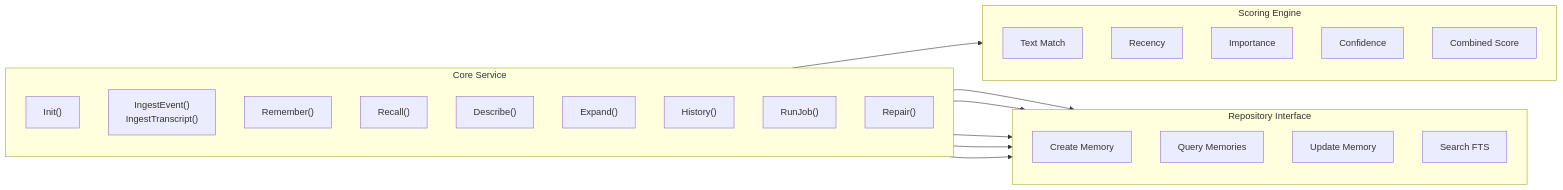
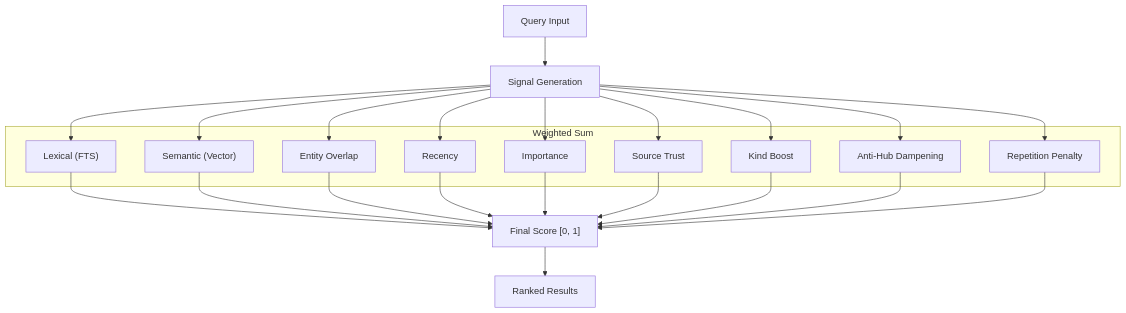
One commit to BonzTM/agent-memory-manager changed the fourth of 5 diagrams in docs/architecture-diagrams.md. Above: the diagram before and after it, drawn with Mermaid. The commit also changed other lines of this file and 3 other files, not shown here.

First line of the commit message:
Document the new adapter and backend architecture

````diff
--- a/docs/architecture-diagrams.md
+++ b/docs/architecture-diagrams.md
@@ -123,38 +112,29 @@
 ```mermaid
-flowchart LR
-    subgraph Service["Core Service"]
-        direction TB
-        Init["Init()"]
-        Ingest["IngestEvent()
-IngestTranscript()"]
-        Remember["Remember()"]
-        Recall["Recall()"]
-        Describe["Describe()"]
-        Expand["Expand()"]
-        History["History()"]
-        Jobs["RunJob()"]
-        Repair["Repair()"]
+flowchart TD
+    Q["Query Input"] --> Signals["Signal Generation"]
+    
+    subgraph Scoring["Weighted Sum"]
+        Lex["Lexical (FTS)"]
+        Sem["Semantic (Vector)"]
+        Ent["Entity Overlap"]
+        Rec["Recency"]
+        Imp["Importance"]
+        Trust["Source Trust"]
+        Boost["Kind Boost"]
+        Hub["Anti-Hub Dampening"]
+        Rep["Repetition Penalty"]
     end
 
-    subgraph Repository["Repository Interface"]
-        R1["Create Memory"]
-        R2["Query Memories"]
-        R3["Update Memory"]
-        R4["Search FTS"]
-    end
+    Signals --> Lex
+    Signals --> Sem
+    Signals --> Ent
+    Signals --> Rec
+    Signals --> Imp
+    Signals --> Trust
+    Signals --> Boost
+    Signals --> Hub
+    Signals --> Rep
 
-    subgraph Scoring["Scoring Engine"]
-        S1["Text Match"]
-        S2["Recency"]
-        S3["Importance"]
-        S4["Confidence"]
-        S5["Combined Score"]
-    end
-
-    Recall --> Scoring
-    Recall --> Repository
-    Remember --> Repository
-    Ingest --> Repository
-    Describe --> Repository
-    Expand --> Repository
+    Lex & Sem & Ent & Rec & Imp & Trust & Boost & Hub & Rep --> Sum["Final Score [0, 1]"]
+    Sum --> Rank["Ranked Results"]
 ```
````
